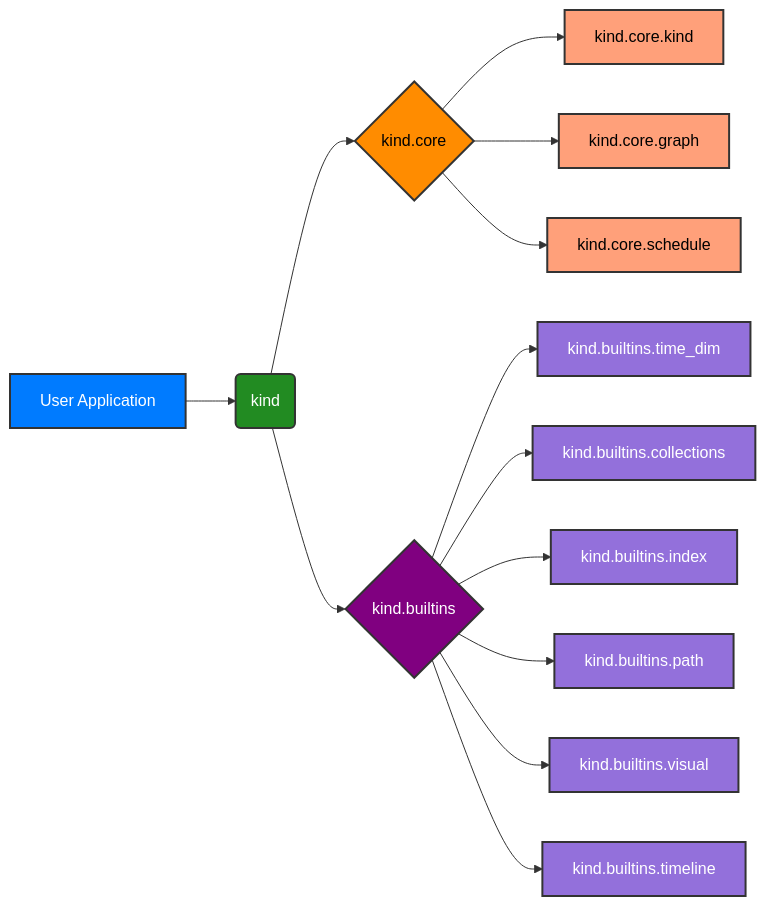
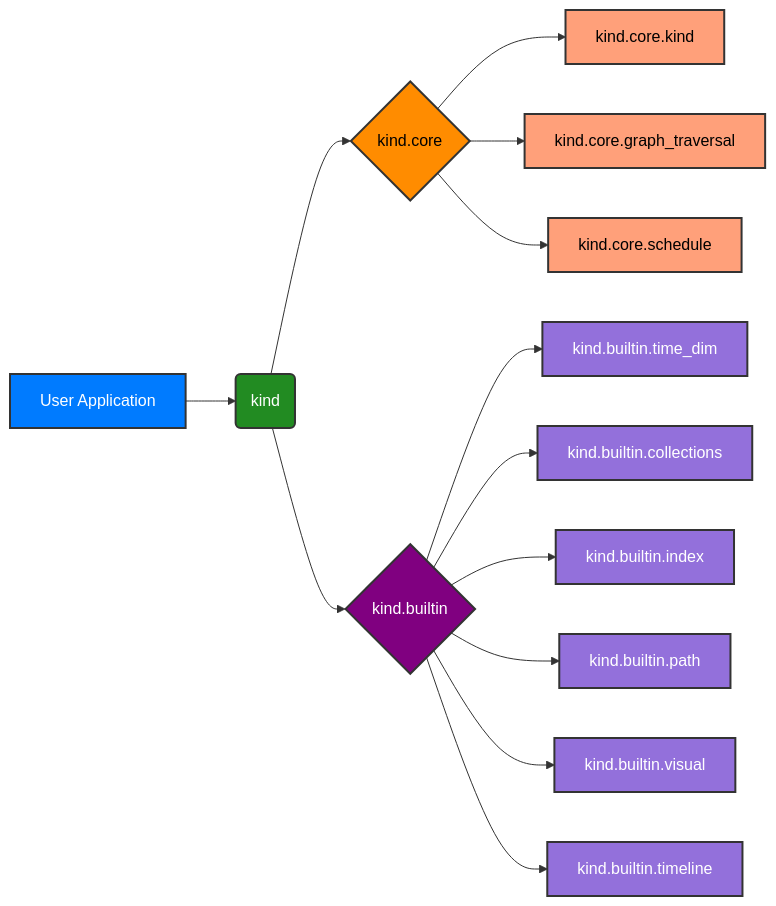
Before and after one commit to ikko/kind: the first of 2 diagrams in docs/development/structure_overview.md, drawn with Mermaid. The commit also changed other lines of this file and 62 other files, not shown here.

````diff
--- a/docs/development/structure_overview.md
+++ b/docs/development/structure_overview.md
@@ -8,29 +8,29 @@
 ```mermaid
 graph LR
     A[User Application] --> B(kind)
     B --> C{kind.core}
-    B --> D{kind.builtins}
+    B --> D{kind.builtin}
     C --> E[kind.core.kind]
-    C --> F[kind.core.graph]
+    C --> F[kind.core.graph_traversal]
     C --> G[kind.core.schedule]
-    D --> H[kind.builtins.time_dim]
-    D --> I[kind.builtins.collections]
-    D --> J[kind.builtins.index]
-    D --> K[kind.builtins.path]
-    D --> L[kind.builtins.visual]
-    D --> M[kind.builtins.timeline]
+    D --> H[kind.builtin.time_dim]
+    D --> I[kind.builtin.collections]
+    D --> J[kind.builtin.index]
+    D --> K[kind.builtin.path]
+    D --> L[kind.builtin.visual]
+    D --> M[kind.builtin.timeline]
     
     style A fill:#007BFF,stroke:#333,stroke-width:2px,color:#FFFFFF;
     style B fill:#228B22,stroke:#333,stroke-width:2px,color:#FFFFFF;
     style C fill:#FF8C00,stroke:#333,stroke-width:2px,color:#000000;
     style D fill:#800080,stroke:#333,stroke-width:2px,color:#FFFFFF;
     style E fill:#FFA07A,stroke:#333,stroke-width:2px,color:#000000;
     style F fill:#FFA07A,stroke:#333,stroke-width:2px,color:#000000;
     style G fill:#FFA07A,stroke:#333,stroke-width:2px,color:#000000;
     style H fill:#9370DB,stroke:#333,stroke-width:2px,color:#FFFFFF;
     style I fill:#9370DB,stroke:#333,stroke-width:2px,color:#FFFFFF;
     style J fill:#9370DB,stroke:#333,stroke-width:2px,color:#FFFFFF;
     style K fill:#9370DB,stroke:#333,stroke-width:2px,color:#FFFFFF;
     style L fill:#9370DB,stroke:#333,stroke-width:2px,color:#FFFFFF;
     style M fill:#9370DB,stroke:#333,stroke-width:2px,color:#FFFFFF;
 ```
````
